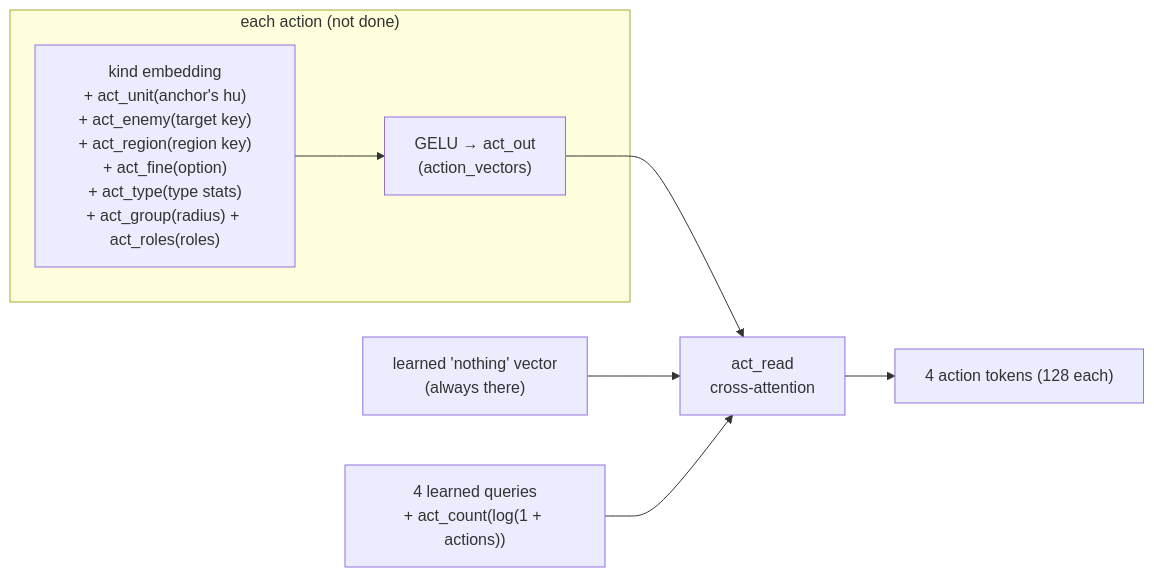
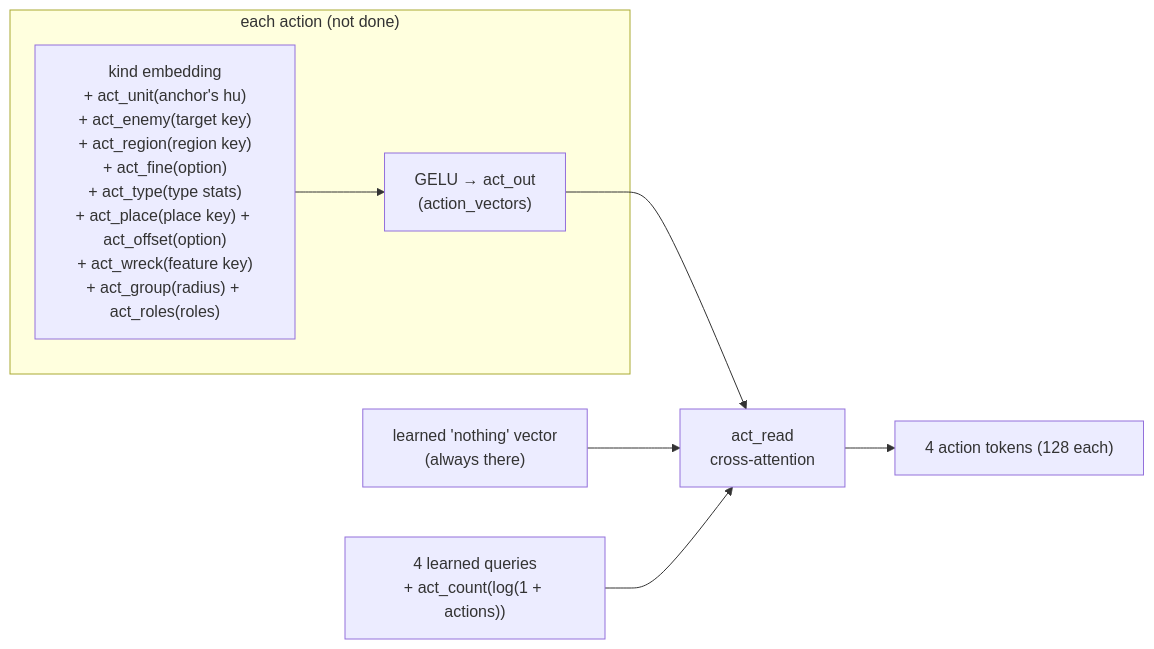
The ninth of 11 diagrams in docs/model.md (pts1667/zk-ArenaAI), drawn with Mermaid before and after one commit. The commit also changed other lines of this file and 39 other files, not shown here.

````diff
--- a/docs/model.md
+++ b/docs/model.md
@@ -301,13 +339,13 @@
 ```mermaid
 flowchart LR
     subgraph each ["each action (not done)"]
-        E["kind embedding<br/>+ act_unit(anchor's hu)<br/>+ act_enemy(target key)<br/>+ act_region(region key)<br/>+ act_fine(option)<br/>+ act_type(type stats)<br/>+ act_group(radius) + act_roles(roles)"] --> G["GELU → act_out<br/>(action_vectors)"]
+        E["kind embedding<br/>+ act_unit(anchor's hu)<br/>+ act_enemy(target key)<br/>+ act_region(region key)<br/>+ act_fine(option)<br/>+ act_type(type stats)<br/>+ act_place(place key) + act_offset(option)<br/>+ act_wreck(feature key)<br/>+ act_group(radius) + act_roles(roles)"] --> G["GELU → act_out<br/>(action_vectors)"]
     end
     NOTH["learned 'nothing' vector<br/>(always there)"]
     Q4["4 learned queries<br/>+ act_count(log(1 + actions))"]
     CR["act_read<br/>cross-attention"]
     OUT["4 action tokens (128 each)"]
     G --> CR
     NOTH --> CR
     Q4 --> CR --> OUT
 ```
````
